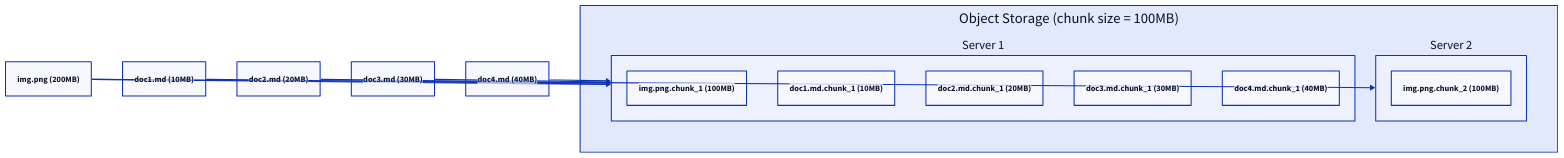
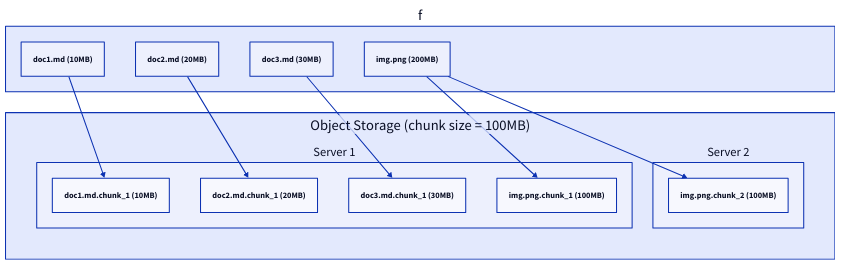
One commit to link1905/system-design-101 changed the eighth of 19 diagrams in content/docs/data-persistence/media-storage.md. Above: the diagram before and after it, drawn with D2. The commit also changed other lines of this file and 40 other files, not shown here.

````diff
--- a/content/docs/data-persistence/media-storage.md
+++ b/content/docs/data-persistence/media-storage.md
@@ -218,26 +228,27 @@
 ```d2
-f: "img.png (200MB)" { class: file }
-d1: "doc1.md (10MB)" { class: file }
-d2: "doc2.md (20MB)" { class: file }
-d3: "doc3.md (30MB)" { class: file }
-d4: "doc4.md (40MB)" { class: file }
+grid-rows: 2
+f {
+  class: none
+  d1: "doc1.md (10MB)" { class: file }
+  d2: "doc2.md (20MB)" { class: file }
+  d3: "doc3.md (30MB)" { class: file }
+  f: "img.png (200MB)" { class: file }
+}
 o: Object Storage (chunk size = 100MB) {
   grid-rows: 1
   s1: Server 1 {
-    "img.png.chunk_1 (100MB)" { class: file }
-    "doc1.md.chunk_1 (10MB)" { class: file }
-    "doc2.md.chunk_1 (20MB)" { class: file }
-    "doc3.md.chunk_1 (30MB)" { class: file }
-    "doc4.md.chunk_1 (40MB)" { class: file }
+    d1: "doc1.md.chunk_1 (10MB)" { class: file }
+    d2: "doc2.md.chunk_1 (20MB)" { class: file }
+    d3: "doc3.md.chunk_1 (30MB)" { class: file }
+    f: "img.png.chunk_1 (100MB)" { class: file }
   }
   s2: Server 2 {
-    "img.png.chunk_2 (100MB)" { class: file }
+    f: "img.png.chunk_2 (100MB)" { class: file }
   }
 }
-f -> o.s1
-d1 -> o.s1
-d2 -> o.s1
-d3 -> o.s1
-d4 -> o.s1
-f -> o.s2
+f.f -> o.s1.f
+f.d1 -> o.s1.d1
+f.d2 -> o.s1.d2
+f.d3 -> o.s1.d3
+f.f -> o.s2.f
 ```
````
